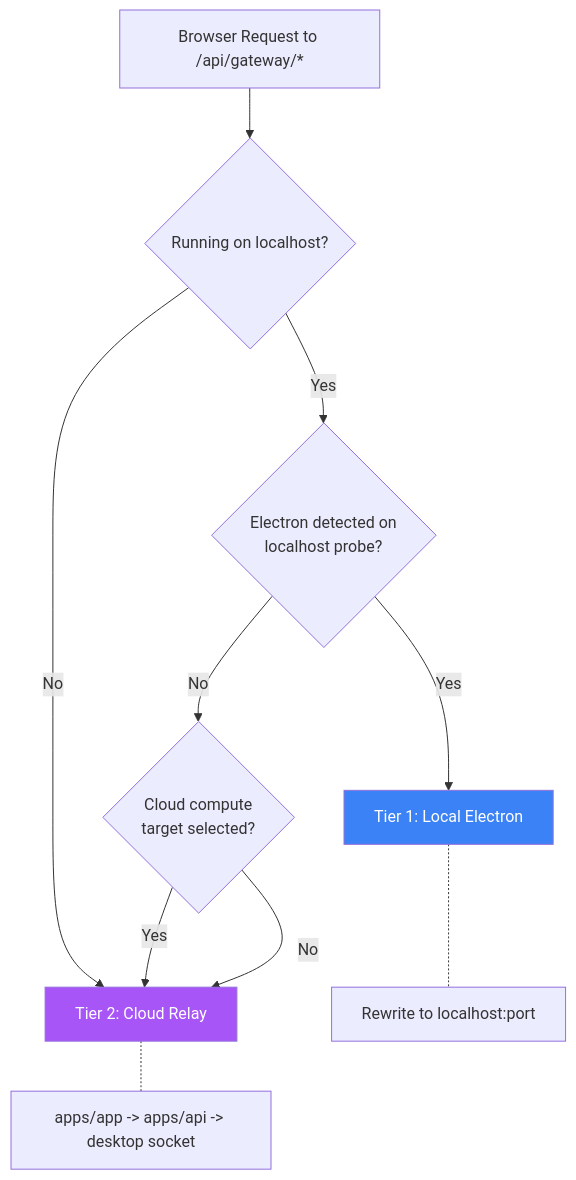
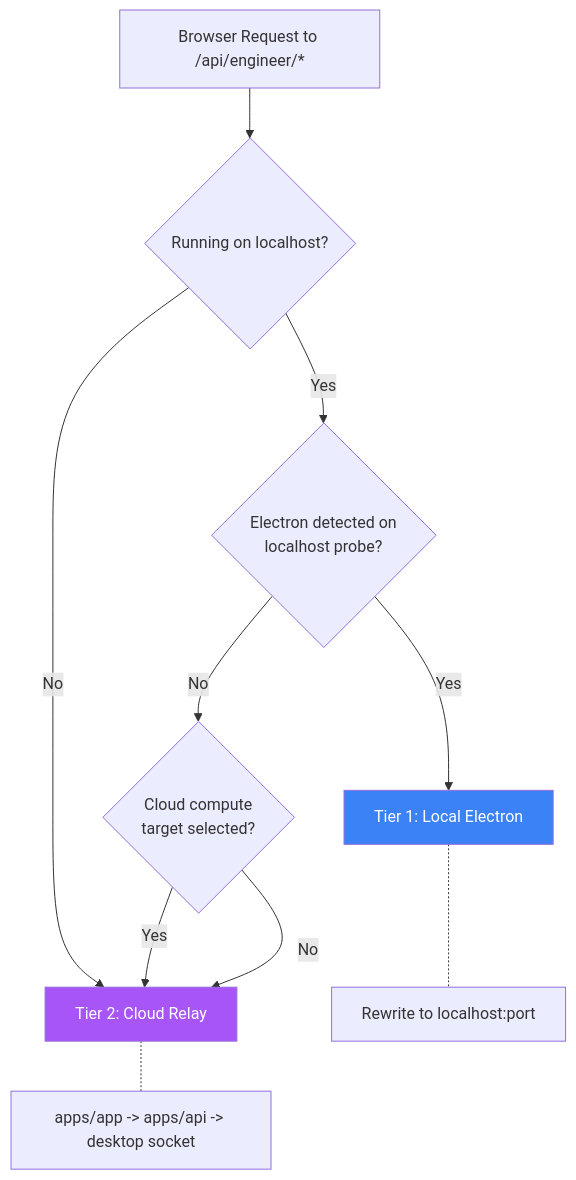
The first of 6 diagrams in docs/artifacts/relay-architecture.md (closedloop-ai/closedloop-ai), drawn with Mermaid before and after one commit. The commit also changed other lines of this file and 1074 other files, not shown here.

````diff
--- a/docs/artifacts/relay-architecture.md
+++ b/docs/artifacts/relay-architecture.md
@@ -36,19 +36,19 @@
 ```mermaid
 graph TD
-    REQ["Browser Request to /api/gateway/*"] --> CHK_HOST{Running on localhost?}
+    REQ["Browser Request to /api/engineer/*"] --> CHK_HOST{Running on localhost?}
 
     CHK_HOST -->|No| T2["Tier 2: Cloud Relay"]
     CHK_HOST -->|Yes| CHK_ELEC{Electron detected on<br/>localhost probe?}
 
     CHK_ELEC -->|Yes| T1["Tier 1: Local Electron"]
     CHK_ELEC -->|No| CHK_TARGET{Cloud compute<br/>target selected?}
 
     CHK_TARGET -->|Yes| T2
     CHK_TARGET -->|No| T2
 
     T1 -.- T1D["Rewrite to localhost:port"]
     T2 -.- T2D["apps/app -> apps/api -> desktop socket"]
 
     style T1 fill:#3b82f6,color:#fff
     style T2 fill:#a855f7,color:#fff
 ```
````
